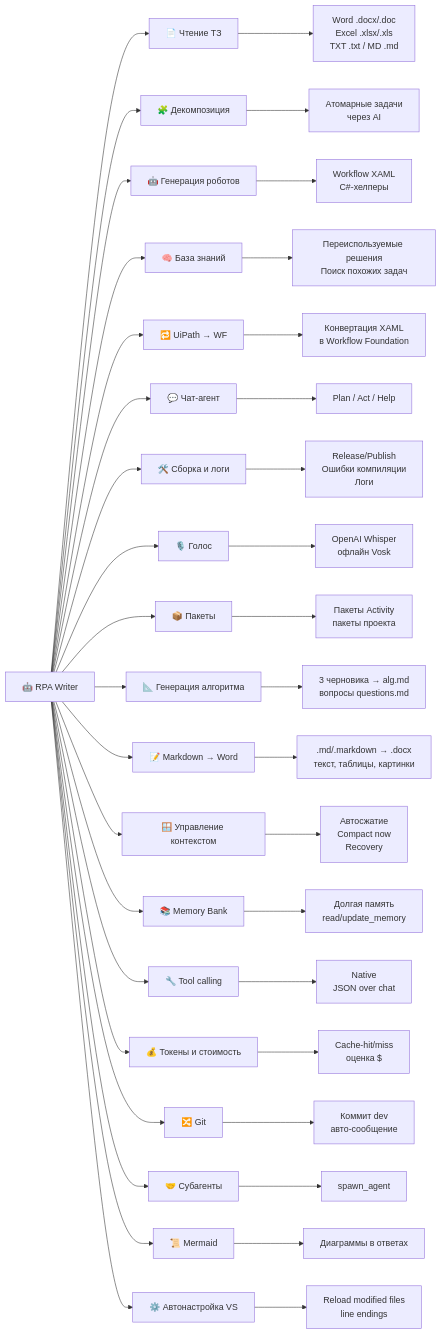
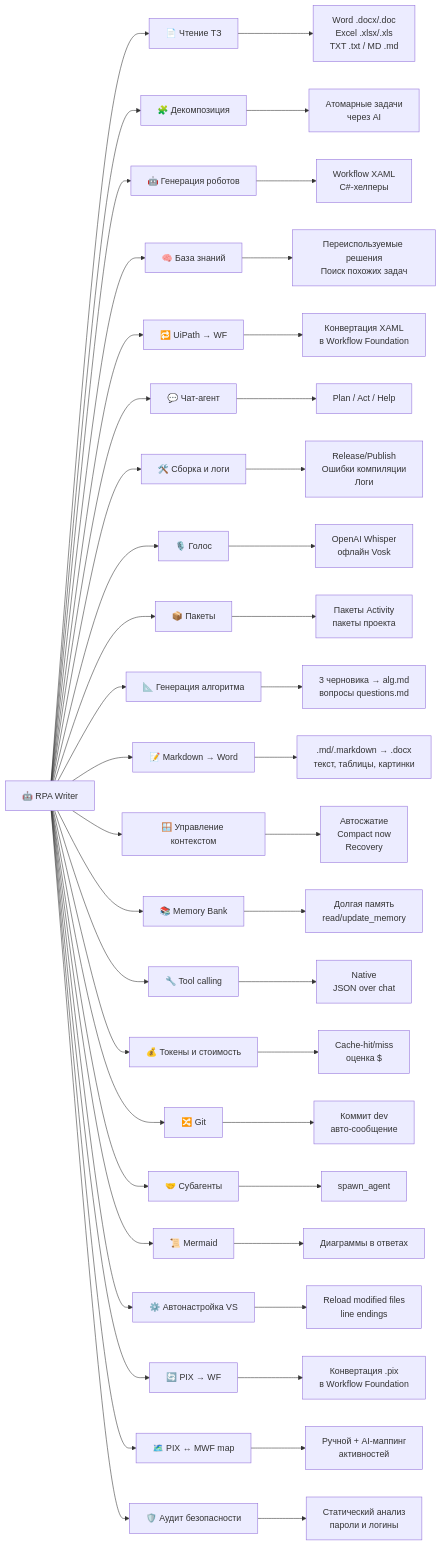
Before and after one commit to MahnevMaxim/RPAWriter2: the diagram in documentation/00-index.md, drawn with Mermaid. The commit also changed other lines of this file and 52 other files, not shown here.

````diff
--- a/documentation/00-index.md
+++ b/documentation/00-index.md
@@ -16,42 +16,48 @@
 ```mermaid
 flowchart LR
     A[🤖 RPA Writer] --> B[📄 Чтение ТЗ]
     A --> C[🧩 Декомпозиция]
     A --> D[🤖 Генерация роботов]
     A --> E[🧠 База знаний]
     A --> F[🔁 UiPath → WF]
     A --> G[💬 Чат-агент]
     A --> H[🛠️ Сборка и логи]
     A --> I[🎙️ Голос]
     A --> J[📦 Пакеты]
     A --> K[📐 Генерация алгоритма]
     A --> L[📝 Markdown → Word]
     A --> M[🪟 Управление контекстом]
     A --> N[📚 Memory Bank]
     A --> O[🔧 Tool calling]
     A --> P[💰 Токены и стоимость]
     A --> Q[🔀 Git]
     A --> R[🤝 Субагенты]
     A --> S[📜 Mermaid]
     A --> T[⚙️ Автонастройка VS]
+    A --> U[🔄 PIX → WF]
+    A --> V[🗺️ PIX ↔ MWF map]
+    A --> W[🛡️ Аудит безопасности]
 
     B --> B1[Word .docx/.doc<br/>Excel .xlsx/.xls<br/>TXT .txt / MD .md]
     C --> C1[Атомарные задачи<br/>через AI]
     D --> D1[Workflow XAML<br/>C#-хелперы]
     E --> E1[Переиспользуемые решения<br/>Поиск похожих задач]
     F --> F1[Конвертация XAML<br/>в Workflow Foundation]
     G --> G1[Plan / Act / Help]
     H --> H1[Release/Publish<br/>Ошибки компиляции<br/>Логи]
     I --> I1[OpenAI Whisper<br/>офлайн Vosk]
     J --> J1[Пакеты Activity<br/>пакеты проекта]
     K --> K1[3 черновика → alg.md<br/>вопросы questions.md]
     L --> L1[.md/.markdown → .docx<br/>текст, таблицы, картинки]
     M --> M1[Автосжатие<br/>Compact now<br/>Recovery]
     N --> N1[Долгая память<br/>read/update_memory]
     O --> O1[Native<br/>JSON over chat]
     P --> P1[Cache-hit/miss<br/>оценка $]
     Q --> Q1[Коммит dev<br/>авто-сообщение]
     R --> R1[spawn_agent]
     S --> S1[Диаграммы в ответах]
     T --> T1[Reload modified files<br/>line endings]
+    U --> U1[Конвертация .pix<br/>в Workflow Foundation]
+    V --> V1[Ручной + AI-маппинг<br/>активностей]
+    W --> W1[Статический анализ<br/>пароли и логины]
 ```
````
